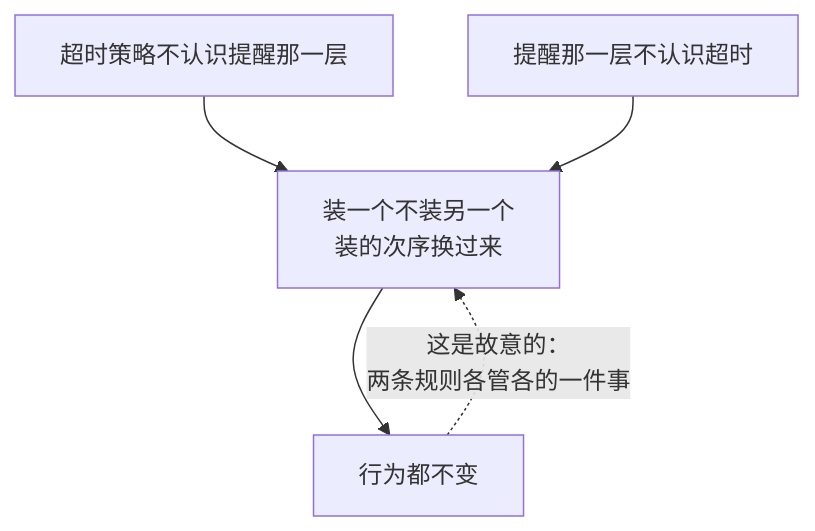
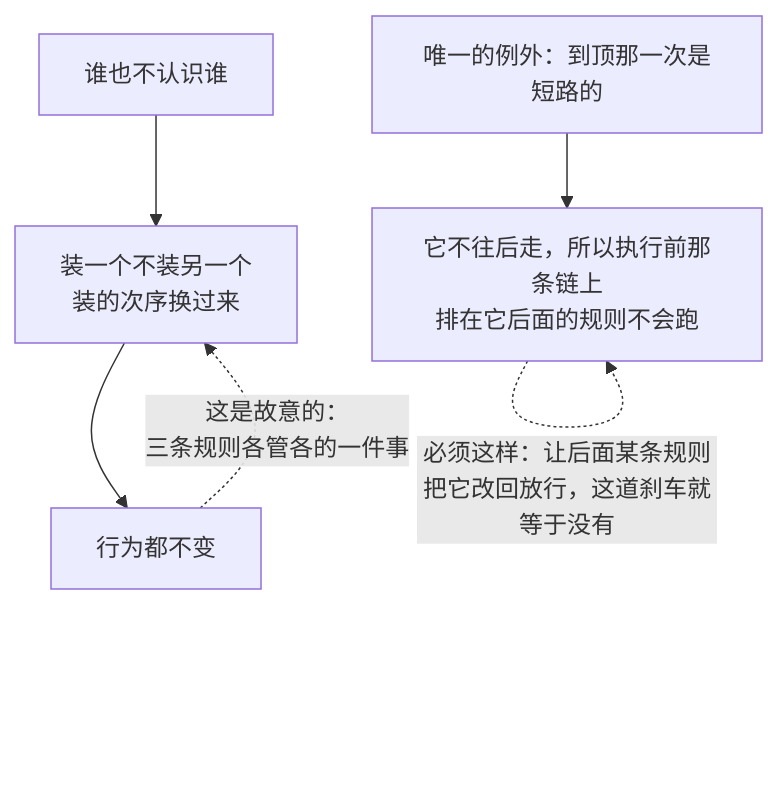
Before and after one commit to snight1983/ds-harness-go: diagram 11 of 38 in docs/modules/guards.md, drawn with Mermaid. The commit also changed other lines of this file and 50 other files, not shown here.

First line of the commit message:
feat: 完善会话持久化、图片请求与工具防护

````diff
--- a/docs/modules/guards.md
+++ b/docs/modules/guards.md
@@ -102,7 +142,8 @@
 ```mermaid
 flowchart TD
-    A["超时策略不认识提醒那一层"] --> C["装一个不装另一个<br/>装的次序换过来"]
-    B["提醒那一层不认识超时"] --> C
+    A["谁也不认识谁"] --> C["装一个不装另一个<br/>装的次序换过来"]
     C --> D["行为都不变"]
-    D -.->|"这是故意的：<br/>两条规则各管各的一件事"| C
+    D -.->|"这是故意的：<br/>三条规则各管各的一件事"| C
+    E["唯一的例外：到顶那一次是短路的"] --> F["它不往后走，所以执行前那条链上<br/>排在它后面的规则不会跑"]
+    F -.->|"必须这样：让后面某条规则<br/>把它改回放行，这道刹车就等于没有"| F
 ```
````
